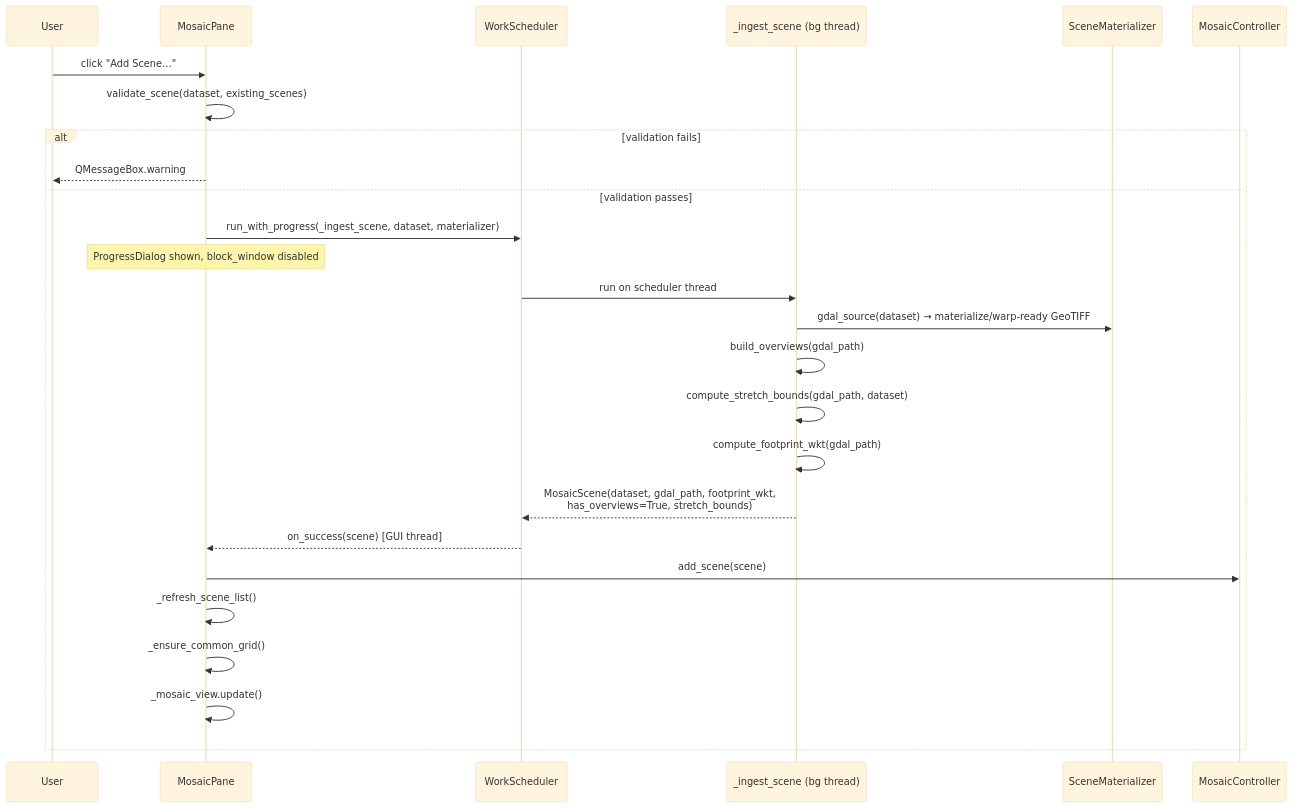
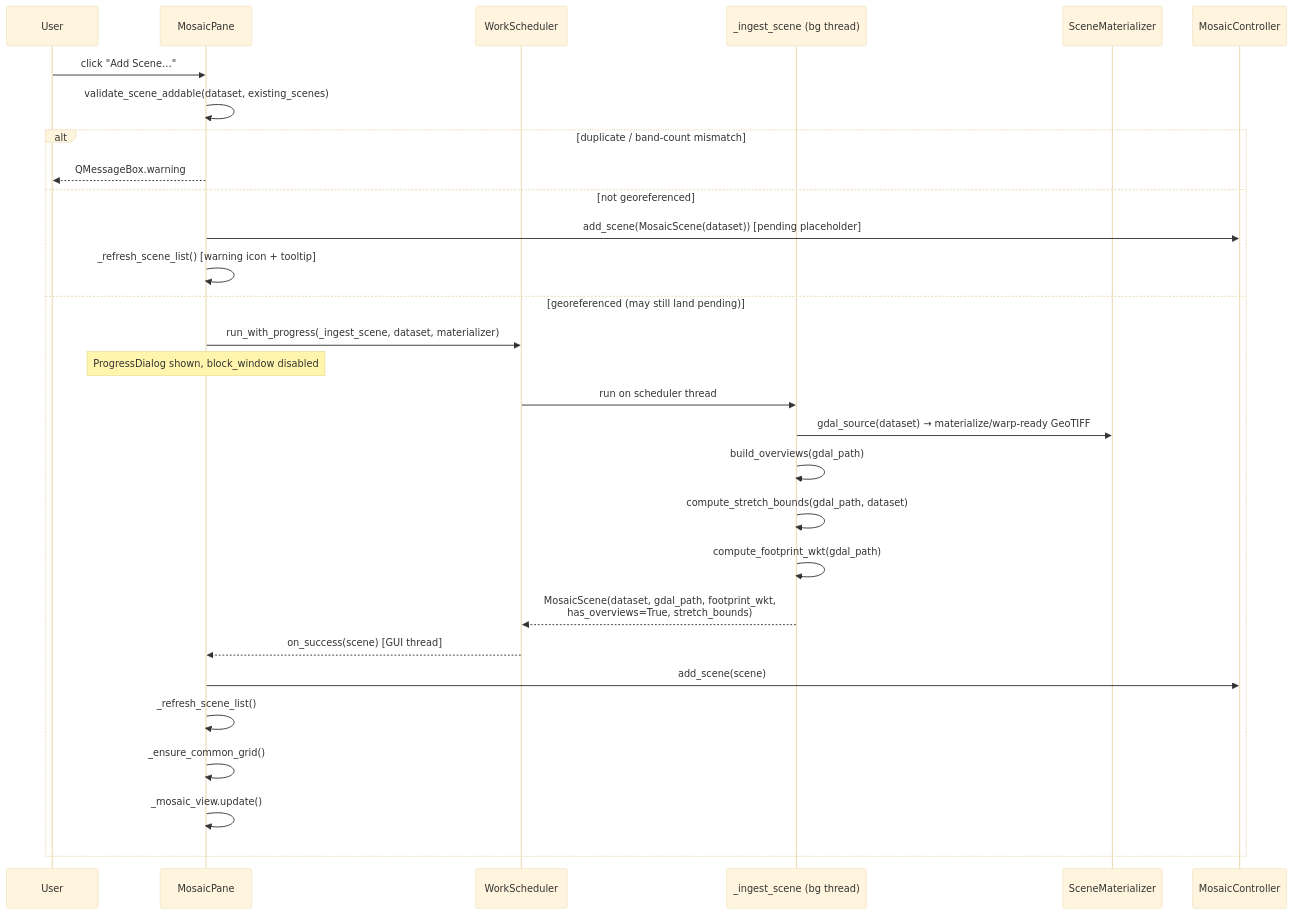
The third of 8 diagrams in doc/sphinx-general-wiser-docs/source/developer-content/mosaic-internals.md (Ehlmann-research-group/WISER), drawn with Mermaid (base theme) before and after one commit. The commit also changed other lines of this file, not shown here.

Commit message:
doc: Updating mosaic internals docs

````diff
--- a/doc/sphinx-general-wiser-docs/source/developer-content/mosaic-internals.md
+++ b/doc/sphinx-general-wiser-docs/source/developer-content/mosaic-internals.md
@@ -222,29 +229,32 @@
 ```{mermaid}
 sequenceDiagram
     participant User
     participant Pane as MosaicPane
     participant Sched as WorkScheduler
     participant Ingest as _ingest_scene (bg thread)
     participant Mat as SceneMaterializer
     participant Ctrl as MosaicController
 
     User->>Pane: click "Add Scene…"
-    Pane->>Pane: validate_scene(dataset, existing_scenes)
-    alt validation fails
+    Pane->>Pane: validate_scene_addable(dataset, existing_scenes)
+    alt duplicate / band-count mismatch
         Pane-->>User: QMessageBox.warning
-    else validation passes
+    else not georeferenced
+        Pane->>Ctrl: add_scene(MosaicScene(dataset)) [pending placeholder]
+        Pane->>Pane: _refresh_scene_list() [warning icon + tooltip]
+    else georeferenced (may still land pending)
         Pane->>Sched: run_with_progress(_ingest_scene, dataset, materializer)
         Note over Pane: ProgressDialog shown, block_window disabled
         Sched->>Ingest: run on scheduler thread
         Ingest->>Mat: gdal_source(dataset) → materialize/warp-ready GeoTIFF
         Ingest->>Ingest: build_overviews(gdal_path)
         Ingest->>Ingest: compute_stretch_bounds(gdal_path, dataset)
         Ingest->>Ingest: compute_footprint_wkt(gdal_path)
         Ingest-->>Sched: MosaicScene(dataset, gdal_path, footprint_wkt,<br/>has_overviews=True, stretch_bounds)
         Sched-->>Pane: on_success(scene) [GUI thread]
         Pane->>Ctrl: add_scene(scene)
         Pane->>Pane: _refresh_scene_list()
         Pane->>Pane: _ensure_common_grid()
         Pane->>Pane: _mosaic_view.update()
     end
 ```
````
